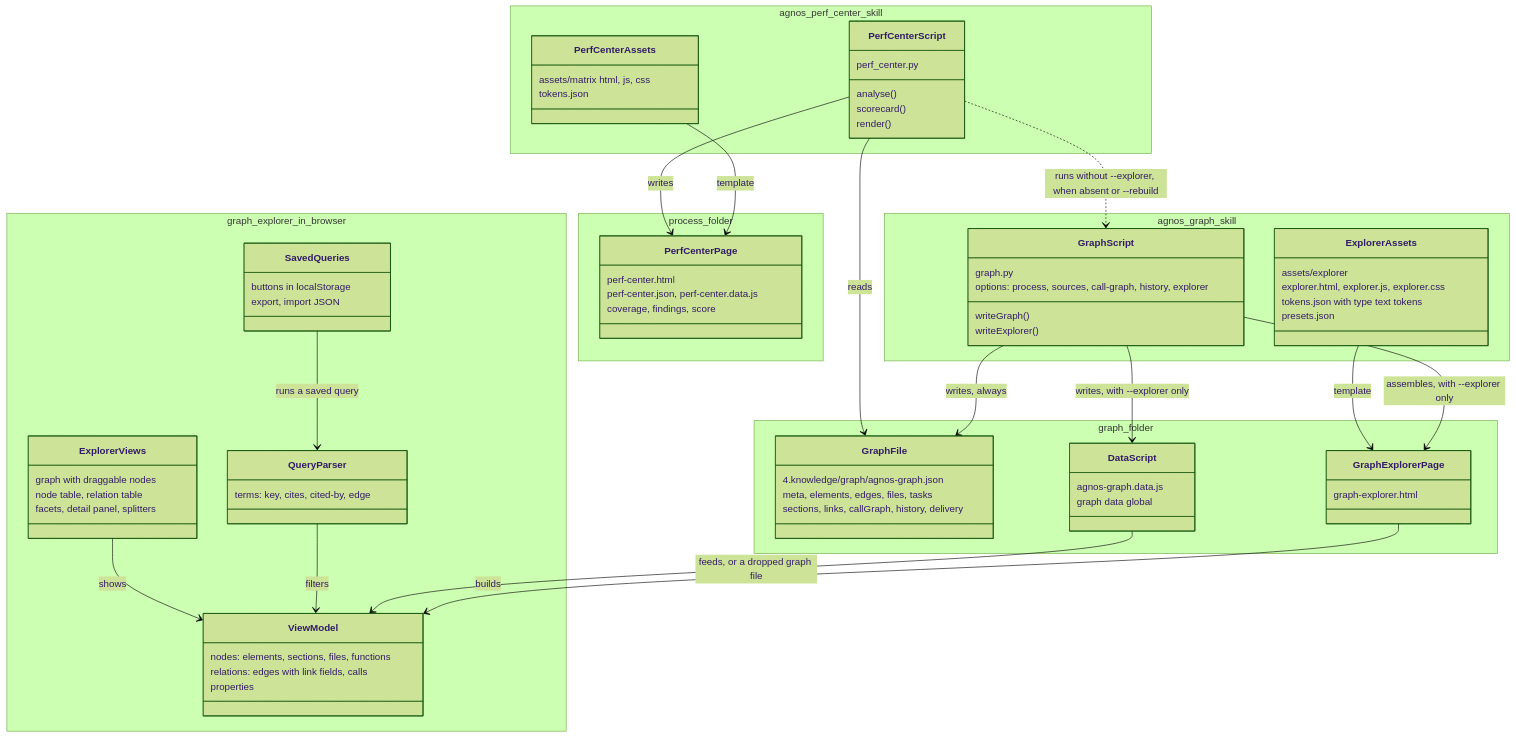
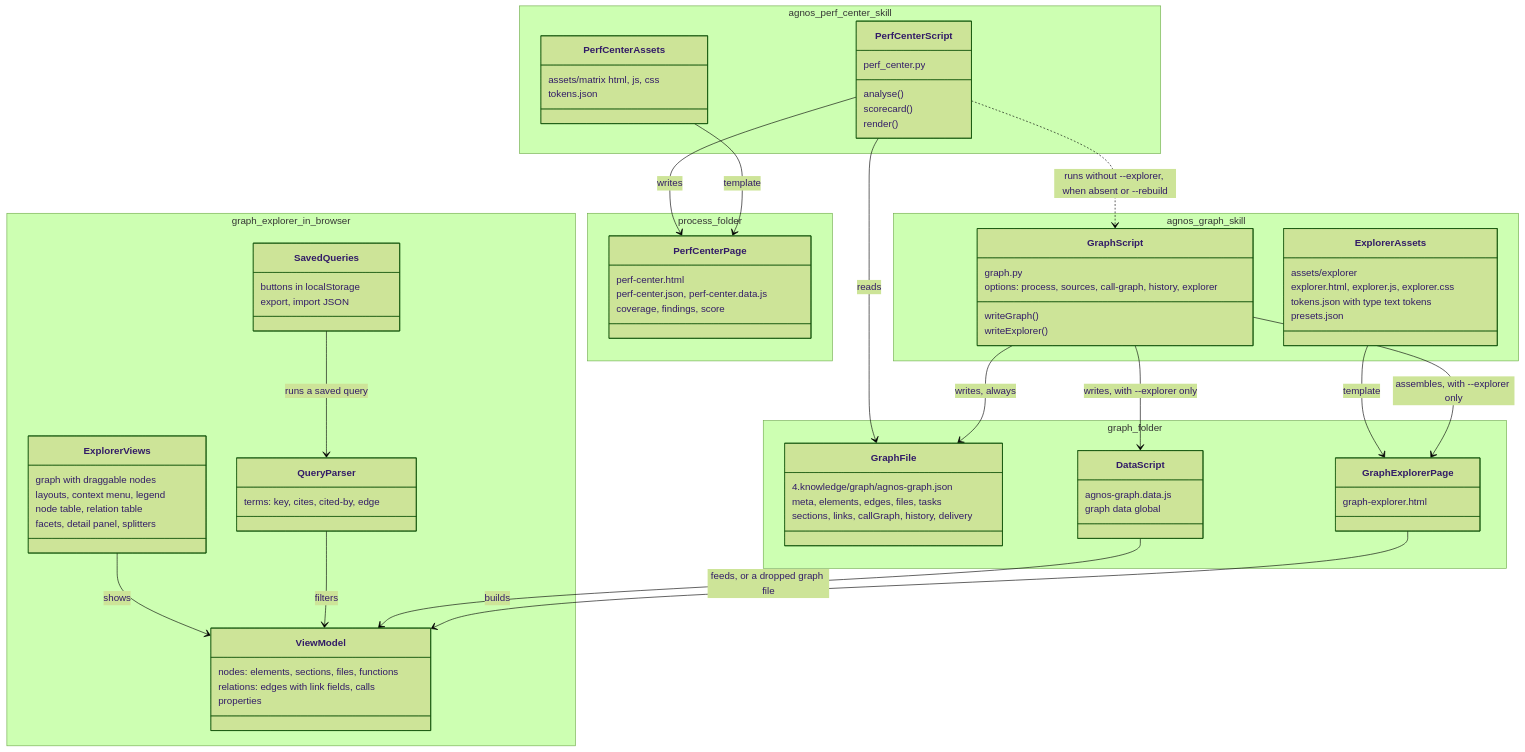
Before and after one commit to spashx/agnos: the first of 2 diagrams in agnos-process/2.architecture/ADR-TRC-025-graph-explorer-page.md, drawn with Mermaid (forest theme). The commit also changed other lines of this file and 3 other files, not shown here.

```diff
--- a/agnos-process/2.architecture/ADR-TRC-025-graph-explorer-page.md
+++ b/agnos-process/2.architecture/ADR-TRC-025-graph-explorer-page.md
@@ -142,6 +154,7 @@
         }
         class ExplorerViews {
             graph with draggable nodes
+            layouts, context menu, legend
             node table, relation table
             facets, detail panel, splitters
         }
```
